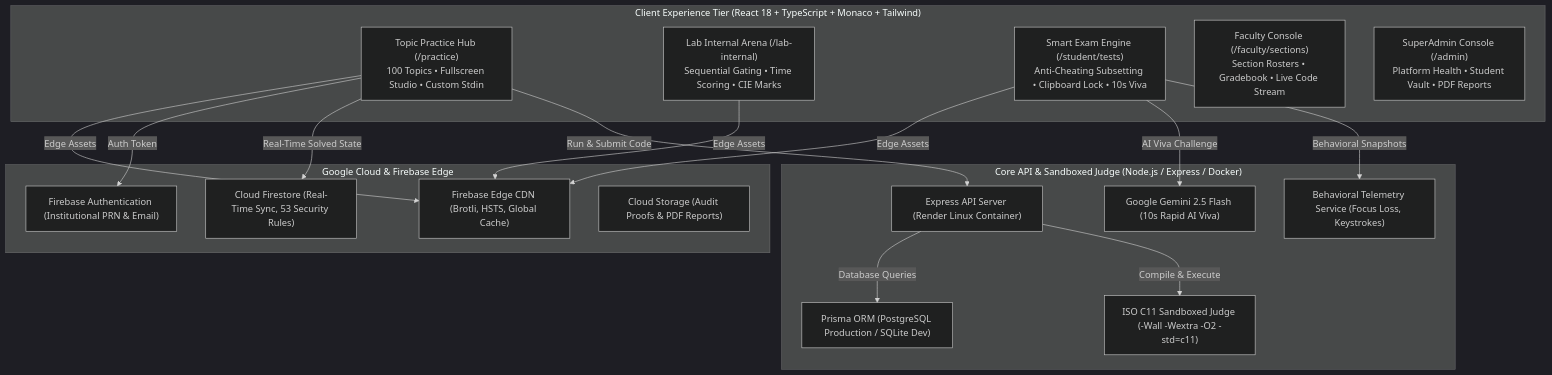
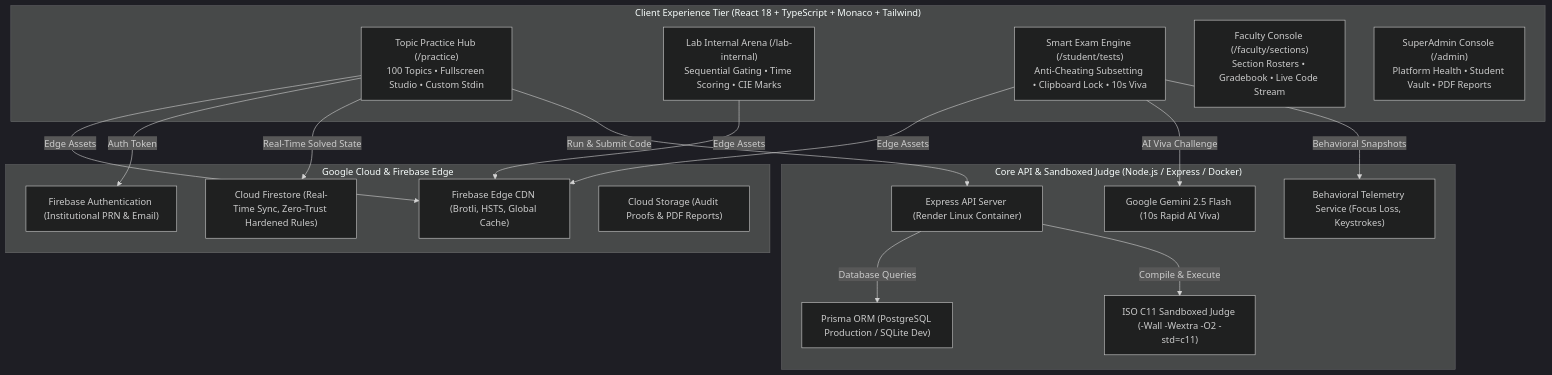
Before and after one commit to pratikpt1304/LogicQ: the diagram in README.md, drawn with Mermaid (dark theme). The commit also changed other lines of this file and 1 other file, not shown here.

Commit message:
security: enforce get/list separation, disable client submission writes, and update rules badge

````diff
--- a/README.md
+++ b/README.md
@@ -92,39 +92,39 @@
 ```mermaid
 flowchart TD
     subgraph ClientLayer ["Client Experience Tier (React 18 + TypeScript + Monaco + Tailwind)"]
         PracticeHub["Topic Practice Hub (/practice)<br/>100 Topics • Fullscreen Studio • Custom Stdin"]
         LabInternal["Lab Internal Arena (/lab-internal)<br/>Sequential Gating • Time Scoring • CIE Marks"]
         ExamProctor["Smart Exam Engine (/student/tests)<br/>Anti-Cheating Subsetting • Clipboard Lock • 10s Viva"]
         FacultyPortal["Faculty Console (/faculty/sections)<br/>Section Rosters • Gradebook • Live Code Stream"]
         AdminPortal["SuperAdmin Console (/admin)<br/>Platform Health • Student Vault • PDF Reports"]
     end
 
     subgraph FirebaseCloud ["Google Cloud & Firebase Edge"]
         Hosting["Firebase Edge CDN (Brotli, HSTS, Global Cache)"]
         AuthService["Firebase Authentication (Institutional PRN & Email)"]
-        FirestoreDB["Cloud Firestore (Real-Time Sync, 53 Security Rules)"]
+        FirestoreDB["Cloud Firestore (Real-Time Sync, Zero-Trust Hardened Rules)"]
         CloudStorage["Cloud Storage (Audit Proofs & PDF Reports)"]
     end
 
     subgraph BackendJudge ["Core API & Sandboxed Judge (Node.js / Express / Docker)"]
         ExpressAPI["Express API Server (Render Linux Container)"]
         PrismaClient["Prisma ORM (PostgreSQL Production / SQLite Dev)"]
         JudgeEngine["ISO C11 Sandboxed Judge (-Wall -Wextra -O2 -std=c11)"]
         GeminiEngine["Google Gemini 2.5 Flash (10s Rapid AI Viva)"]
         TelemetryEngine["Behavioral Telemetry Service (Focus Loss, Keystrokes)"]
     end
 
     PracticeHub -->|Edge Assets| Hosting
     LabInternal -->|Edge Assets| Hosting
     ExamProctor -->|Edge Assets| Hosting
 
     PracticeHub -->|Auth Token| AuthService
     PracticeHub -->|Real-Time Solved State| FirestoreDB
     PracticeHub -->|Run & Submit Code| ExpressAPI
 
     ExamProctor -->|AI Viva Challenge| GeminiEngine
     ExamProctor -->|Behavioral Snapshots| TelemetryEngine
 
     ExpressAPI -->|Database Queries| PrismaClient
     ExpressAPI -->|Compile & Execute| JudgeEngine
 ```
````
